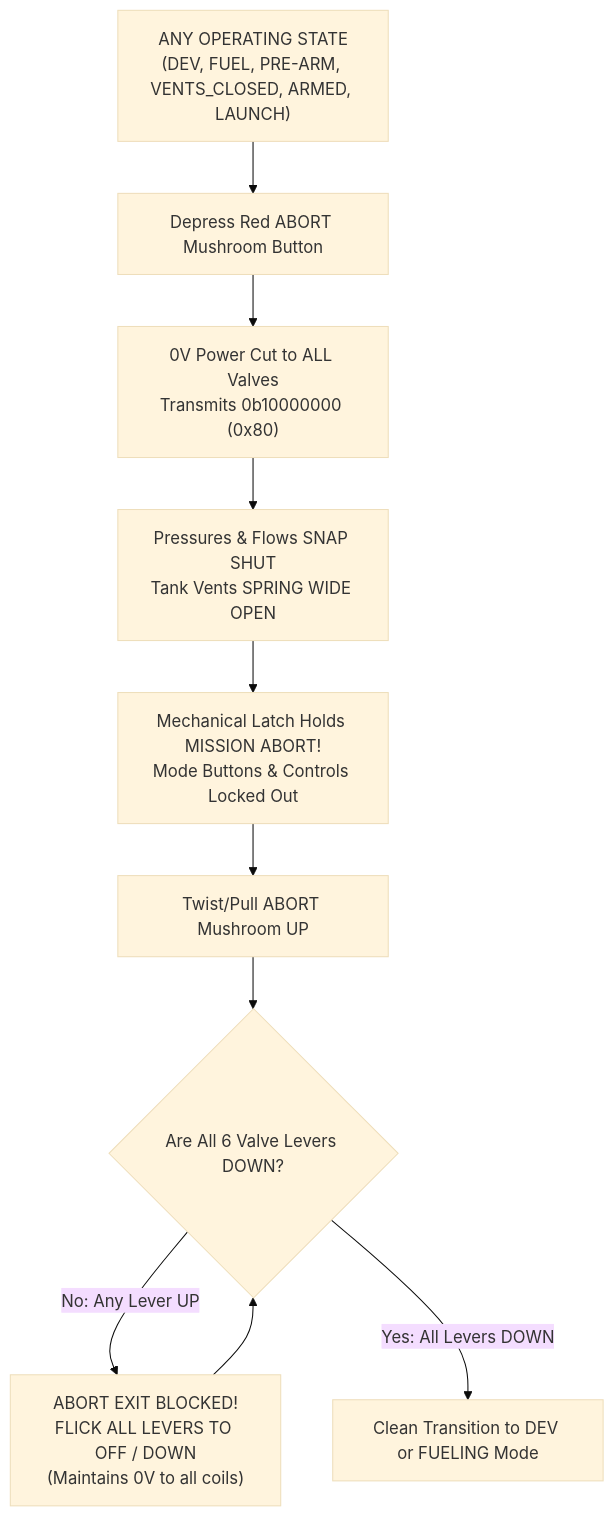
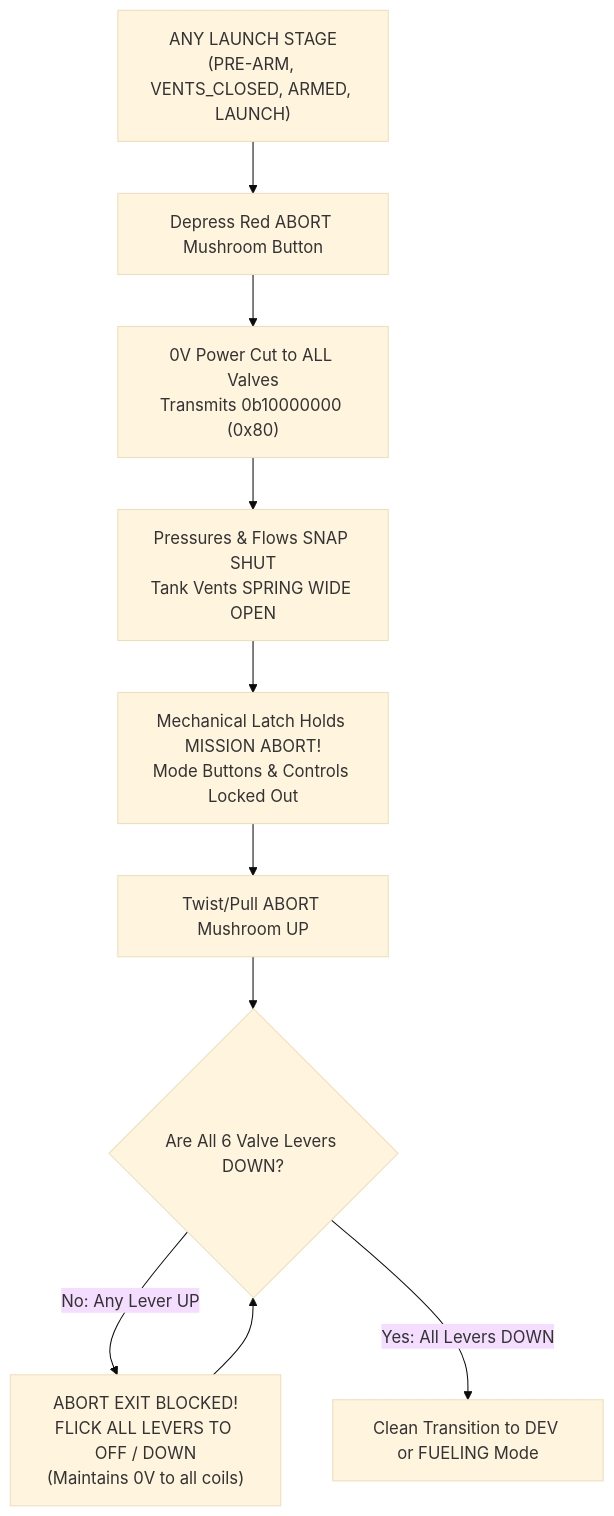
Before and after one commit to rocketproplab/phoenix-gs: the fourth of 4 diagrams in TESTING_PROCEDURES.md, drawn with Mermaid (base theme). The commit also changed other lines of this file and 2 other files, not shown here.

````diff
--- a/TESTING_PROCEDURES.md
+++ b/TESTING_PROCEDURES.md
@@ -202,13 +202,13 @@
 ```mermaid
 flowchart TD
-    AnyState["ANY OPERATING STATE\n(DEV, FUEL, PRE-ARM, VENTS_CLOSED, ARMED, LAUNCH)"] --> AbortPress["Depress Red ABORT Mushroom Button"]
+    AnyState["ANY LAUNCH STAGE\n(PRE-ARM, VENTS_CLOSED, ARMED, LAUNCH)"] --> AbortPress["Depress Red ABORT Mushroom Button"]
     AbortPress --> InstantPowerCut["0V Power Cut to ALL Valves\nTransmits 0b10000000 (0x80)"]
     InstantPowerCut --> VentAction["Pressures & Flows SNAP SHUT\nTank Vents SPRING WIDE OPEN"]
     VentAction --> LockedState["Mechanical Latch Holds MISSION ABORT!\nMode Buttons & Controls Locked Out"]
 
     LockedState --> Unlatch["Twist/Pull ABORT Mushroom UP"]
     Unlatch --> CheckLevers{"Are All 6 Valve Levers DOWN?"}
     CheckLevers -- "No: Any Lever UP" --> Blocked["ABORT EXIT BLOCKED!\nFLICK ALL LEVERS TO OFF / DOWN\n(Maintains 0V to all coils)"]
     Blocked --> CheckLevers
     CheckLevers -- "Yes: All Levers DOWN" --> SafeExit["Clean Transition to DEV or FUELING Mode"]
 ```
````
